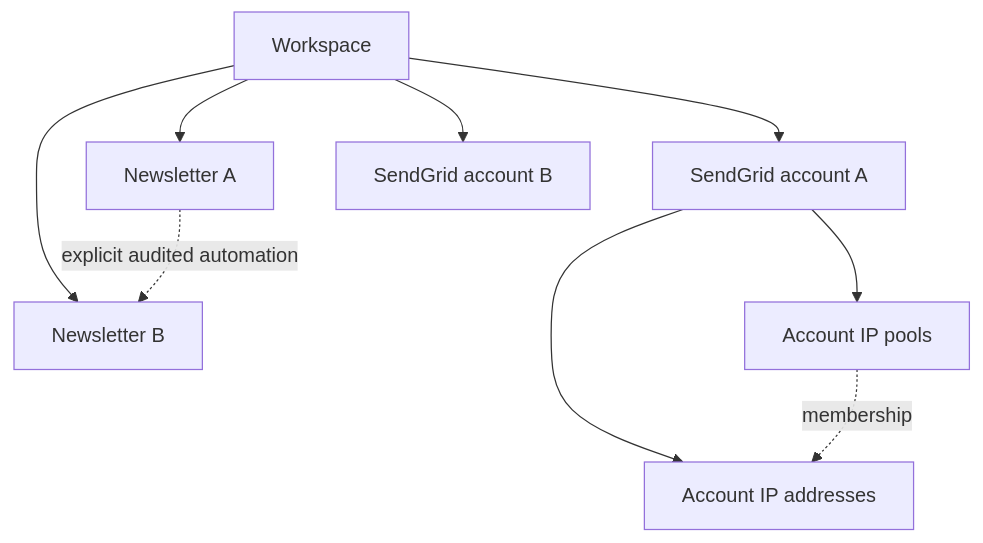
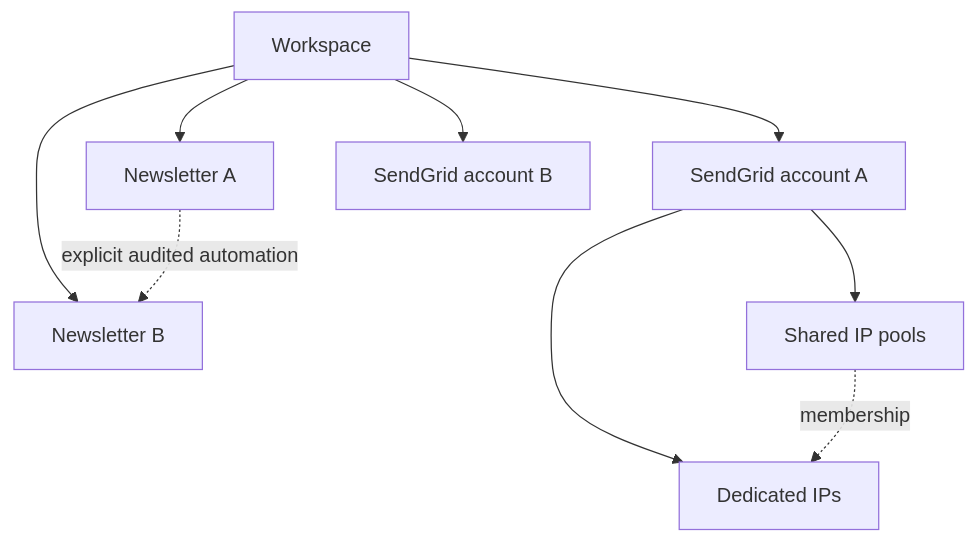
Before and after one commit to roninpublishing/dittofeed: the diagram in packages/docs/guide/newsletters.mdx, drawn with Mermaid. The commit also changed other lines of this file and 21 other files, not shown here.

First line of the commit message:
feat(workspace): refine org chart and speed up navigation

````diff
--- a/packages/docs/guide/newsletters.mdx
+++ b/packages/docs/guide/newsletters.mdx
@@ -19,11 +20,11 @@
 ```mermaid
 flowchart TD
   W[Workspace] --> A[Newsletter A]
   W --> B[Newsletter B]
   W --> E1[SendGrid account A]
   W --> E2[SendGrid account B]
-  E1 --> P[Account IP pools]
-  E1 --> I[Account IP addresses]
+  E1 --> P[Shared IP pools]
+  E1 --> I[Dedicated IPs]
   P -. membership .-> I
   A -. explicit audited automation .-> B
 ```
````
